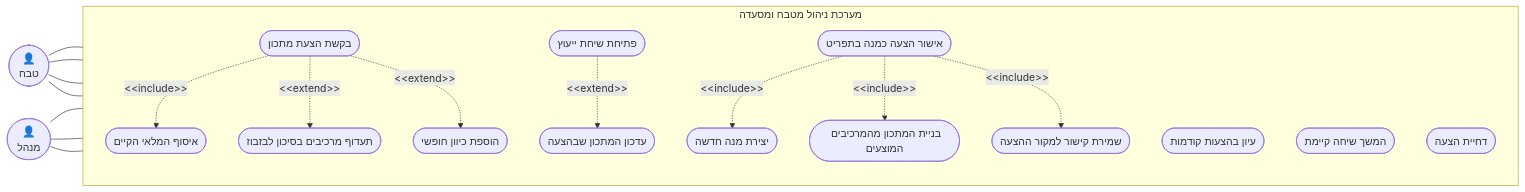
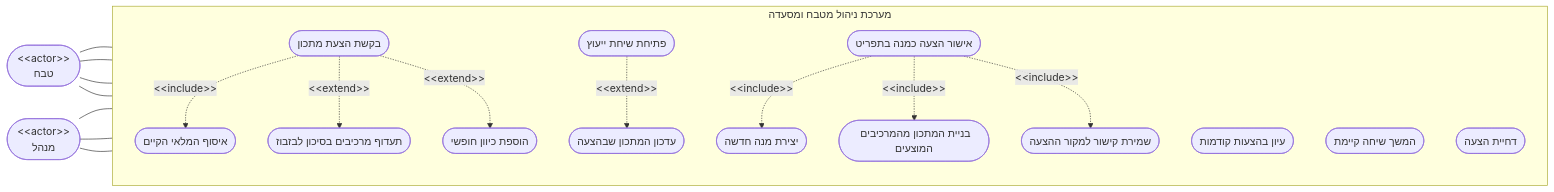
The diagram in מסמכים/הגשה/diagrams/usecase-smart-chef.md (RonZaretsky/Restaurant-Kitchen-Management-System), drawn with Mermaid before and after one commit. The commit also changed 10 other files, not shown here.

````diff
--- a/מסמכים/הגשה/diagrams/usecase-smart-chef.md
+++ b/מסמכים/הגשה/diagrams/usecase-smart-chef.md
@@ -3,31 +3,31 @@
 ```mermaid
 flowchart LR
-    cook(["👤<br/>טבח"])
-    admin(["👤<br/>מנהל"])
+    cook(["&lt;&lt;actor&gt;&gt;<br/>טבח"])
+    admin(["&lt;&lt;actor&gt;&gt;<br/>מנהל"])
 
     subgraph SYS["מערכת ניהול מטבח ומסעדה"]
         direction TB
         UC1(["בקשת הצעת מתכון"])
         UC2(["עיון בהצעות קודמות"])
         UC3(["פתיחת שיחת ייעוץ"])
         UC4(["המשך שיחה קיימת"])
         UC5(["אישור הצעה כמנה בתפריט"])
         UC6(["דחיית הצעה"])
 
         UC1 -.->|"&lt;&lt;include&gt;&gt;"| UC7(["איסוף המלאי הקיים"])
         UC1 -.->|"&lt;&lt;extend&gt;&gt;"| UC8(["תעדוף מרכיבים בסיכון לבזבוז"])
         UC1 -.->|"&lt;&lt;extend&gt;&gt;"| UC9(["הוספת כיוון חופשי"])
         UC3 -.->|"&lt;&lt;extend&gt;&gt;"| UC10(["עדכון המתכון שבהצעה"])
         UC5 -.->|"&lt;&lt;include&gt;&gt;"| UC11(["יצירת מנה חדשה"])
         UC5 -.->|"&lt;&lt;include&gt;&gt;"| UC12(["בניית המתכון מהמרכיבים המוצעים"])
         UC5 -.->|"&lt;&lt;include&gt;&gt;"| UC13(["שמירת קישור למקור ההצעה"])
     end
 
     cook --- UC1
     cook --- UC2
     cook --- UC3
     cook --- UC4
     admin --- UC2
     admin --- UC5
     admin --- UC6
 ```
````
